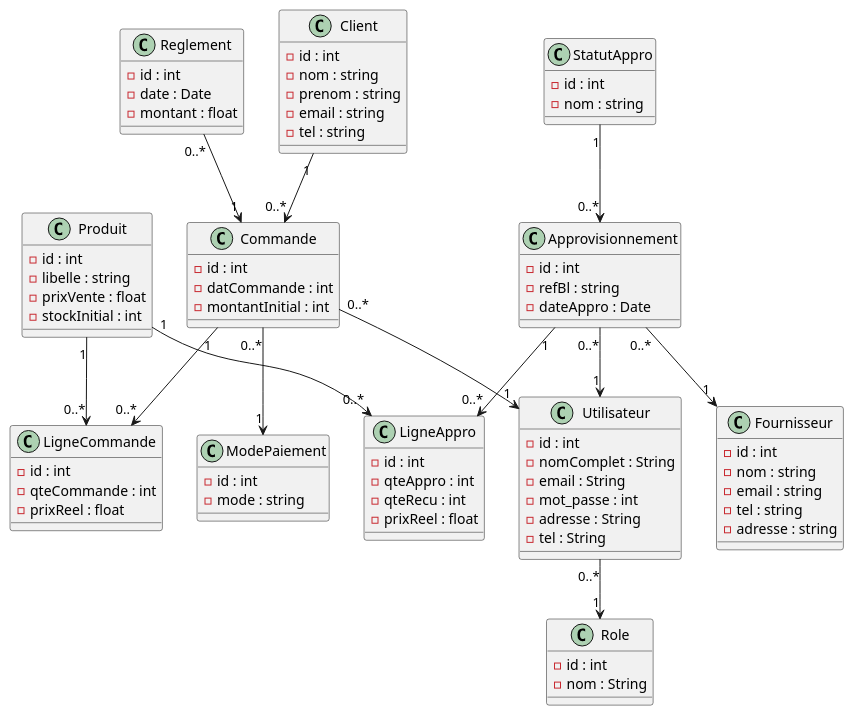
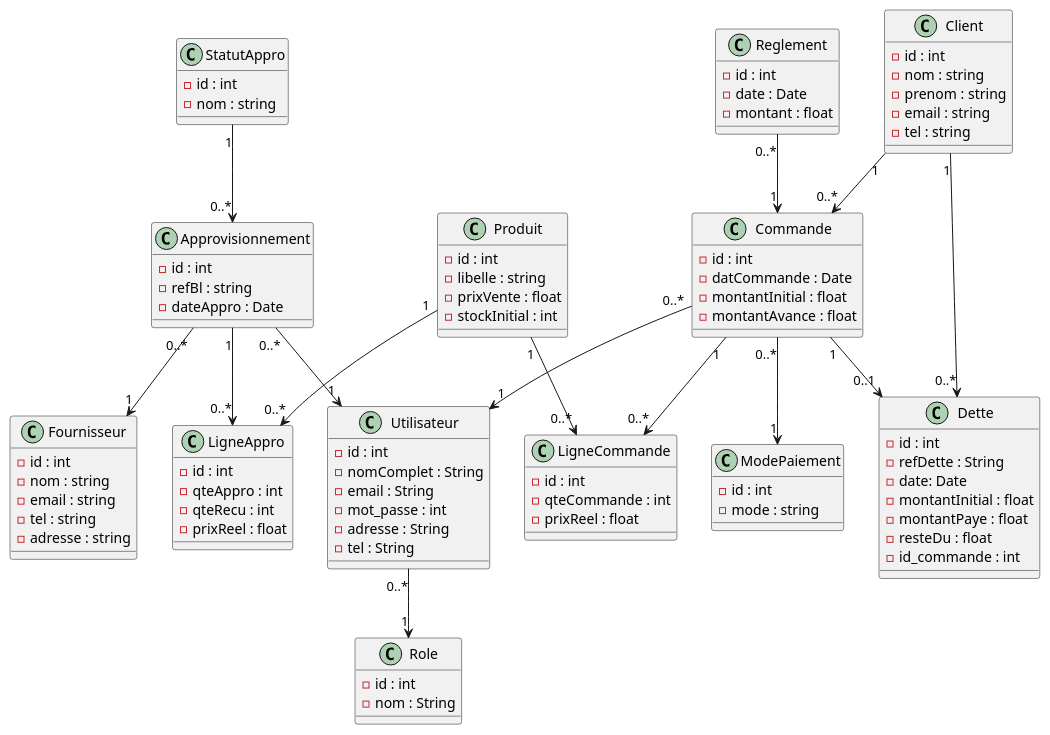
The diagram in doc/classe.puml (ndao2001maimouna-netizen/ManagerPro), drawn with PlantUML before and after one commit. The commit also changed 2 other files, not shown here.

Commit message:
docs(uml): ajout des diagrammes de cas d'utilisation et de classes POO

```diff
--- a/doc/classe.puml
+++ b/doc/classe.puml
@@ -1,113 +1,127 @@
 @startuml Diagramme_Classe_Cotisation
 
 class Utilisateur {
     - id : int
     - nomComplet : String
     - email : String
     - mot_passe : int
     - adresse : String
     - tel : String
 }
 
 class Role {
     - id : int
     - nom : String
 }
 
 class Client{
     - id : int
     - nom : string
     - prenom : string
     - email : string
     - tel : string
     
 }
 
 class Commande{
     - id : int
-    - datCommande : int
-    - montantInitial : int
+    - datCommande : Date
+    - montantInitial : float
+    - montantAvance : float
     
 }
 
 
 class StatutAppro{
     - id : int
     - nom : string
 }
 
 
 class LigneCommande{
     - id : int
     - qteCommande : int
     - prixReel : float
 }
 
 class ModePaiement{
     - id : int
     - mode : string
 }
 
 class Reglement{
     - id : int
     - date : Date
     - montant : float
 }
 
 class Produit{
     - id : int
     - libelle : string
     - prixVente : float
     - stockInitial : int
 }
 
 class Fournisseur{
     -id : int
     -nom : string
     -email : string
     -tel : string
     -adresse : string
 }
 
 
 class Approvisionnement{
     - id : int
     - refBl : string
     - dateAppro : Date
 }
 
 class LigneAppro{
     - id : int
     - qteAppro : int
     - qteRecu : int
     - prixReel : float
 }
 
+class Dette {
+    - id : int
+    - refDette : String
+    - date: Date
+    - montantInitial : float
+    - montantPaye : float
+    - resteDu : float
+    - id_commande : int
+}
+
+
+Commande "1" --> "0..1" Dette
+Client "1" --> "0..*" Dette
 
 
 Utilisateur "0..*" --> "1" Role 
 Client "1" --> "0..*" Commande 
 Commande "1" --> "0..*" LigneCommande 
 Produit "1" --> "0..*" LigneCommande 
 
 Approvisionnement"0..*" --> "1" Fournisseur 
 Approvisionnement"1" --> "0..*" LigneAppro 
 Produit "1" --> "0..*" LigneAppro 
 
 StatutAppro "1" --> "0..*" Approvisionnement
 Commande "0..*" --> "1" ModePaiement 
 Reglement "0..*" --> "1" Commande 
 
 Approvisionnement"0..*" --> "1" Utilisateur 
 Commande "0..*" --> "1" Utilisateur 
 
 
 
 
 
 
 
 
 
 
 @enduml
```
